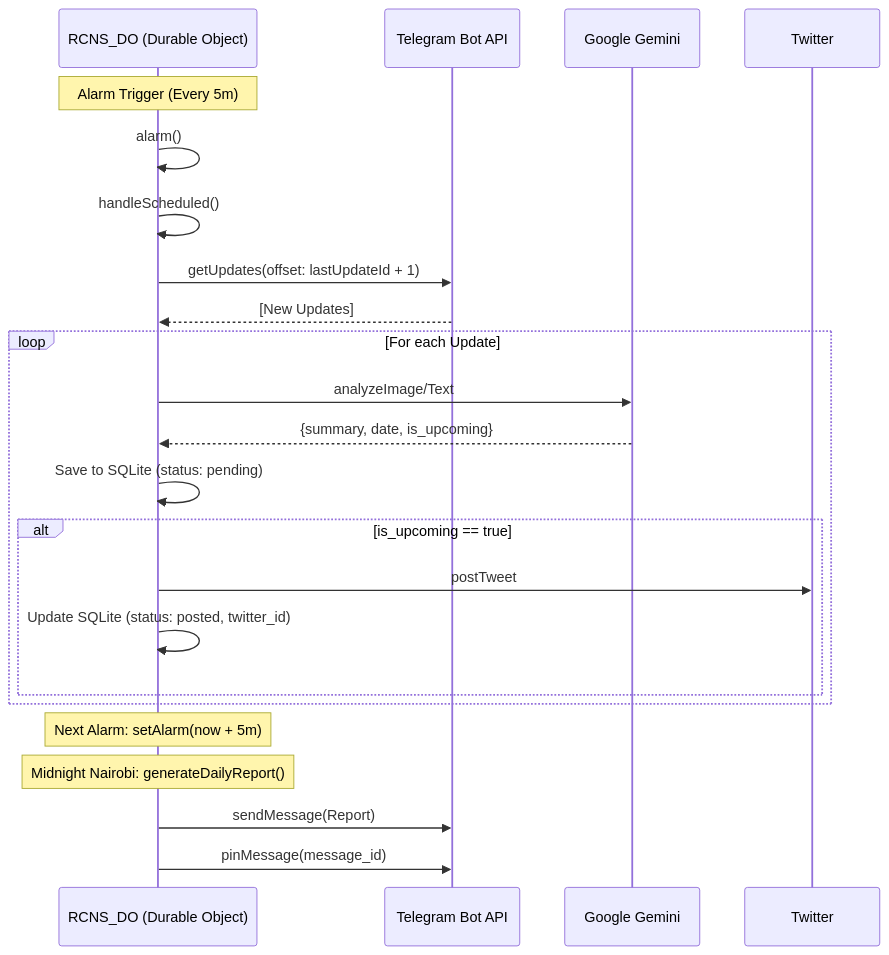
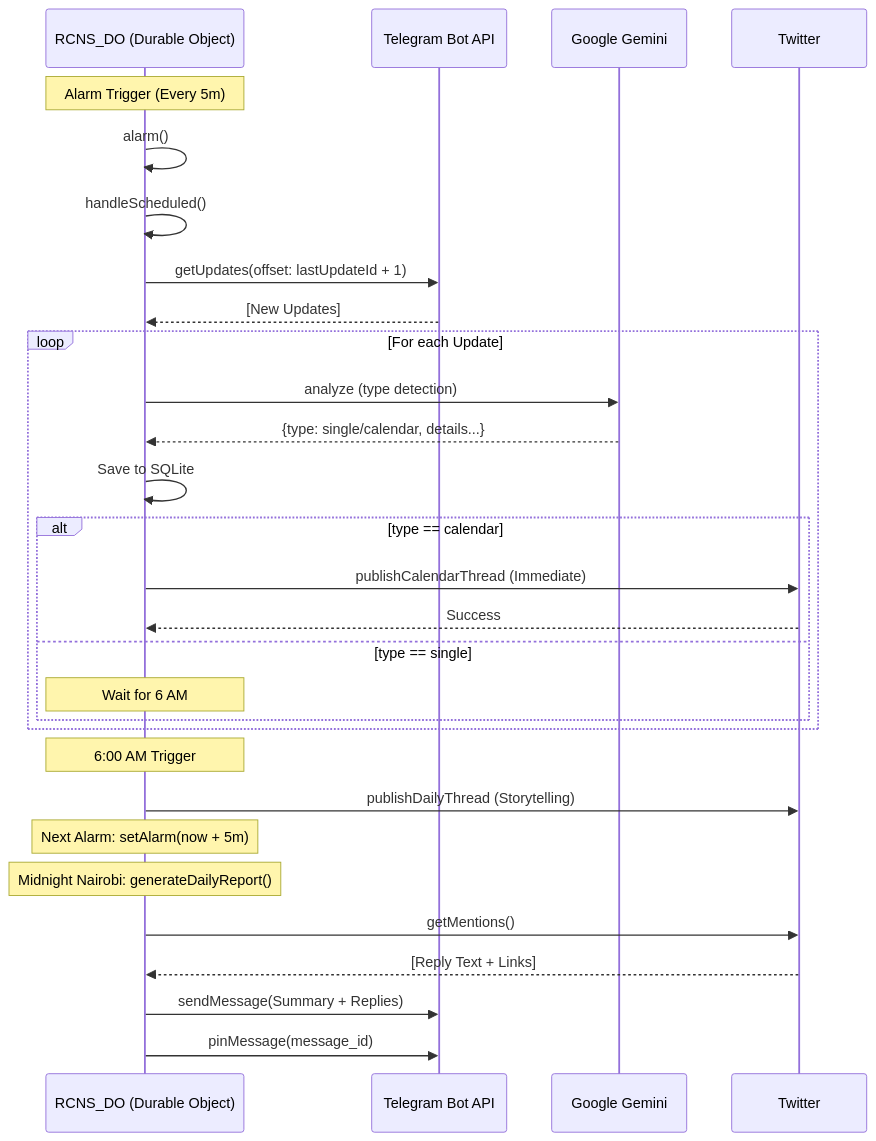
The diagram in WORKFLOW.md (criticalinsight/rcns), drawn with Mermaid before and after one commit. The commit also changed other lines of this file, not shown here.

Commit message:
docs: Update WORKFLOW.md with Calendar Unroller and Daily Thread logic

````diff
--- a/WORKFLOW.md
+++ b/WORKFLOW.md
@@ -44,29 +43,36 @@
 ```mermaid
 sequenceDiagram
     participant DO as RCNS_DO (Durable Object)
     participant Telegram as Telegram Bot API
     participant Gemini as Google Gemini
     participant Twitter
     
     Note over DO: Alarm Trigger (Every 5m)
     DO->>DO: alarm()
     DO->>DO: handleScheduled()
     DO->>Telegram: getUpdates(offset: lastUpdateId + 1)
     Telegram-->>DO: [New Updates]
     
     loop For each Update
-        DO->>Gemini: analyzeImage/Text
-        Gemini-->>DO: {summary, date, is_upcoming}
-        DO->>DO: Save to SQLite (status: pending)
-        alt is_upcoming == true
-            DO->>Twitter: postTweet
-            DO->>DO: Update SQLite (status: posted, twitter_id)
+        DO->>Gemini: analyze (type detection)
+        Gemini-->>DO: {type: single/calendar, details...}
+        DO->>DO: Save to SQLite
+        alt type == calendar
+            DO->>Twitter: publishCalendarThread (Immediate)
+            Twitter-->>DO: Success
+        else type == single
+            Note over DO: Wait for 6 AM
         end
     end
+
+    Note over DO: 6:00 AM Trigger
+    DO->>Twitter: publishDailyThread (Storytelling)
 
     Note over DO: Next Alarm: setAlarm(now + 5m)
 
     Note over DO: Midnight Nairobi: generateDailyReport()
-    DO->>Telegram: sendMessage(Report)
+    DO->>Twitter: getMentions()
+    Twitter-->>DO: [Reply Text + Links]
+    DO->>Telegram: sendMessage(Summary + Replies)
     DO->>Telegram: pinMessage(message_id)
 ```
````
